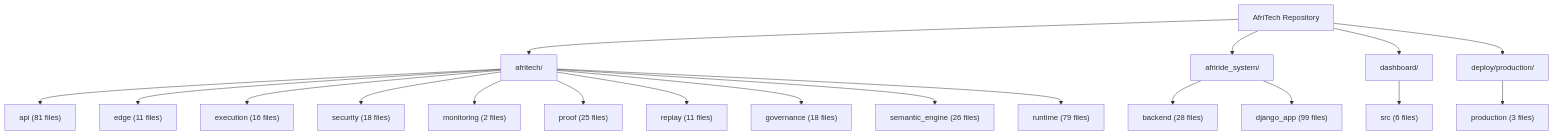
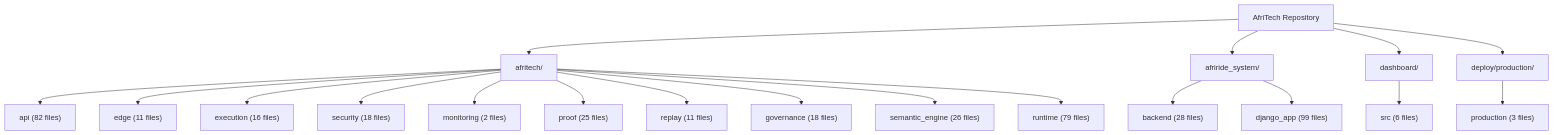
One commit to Strelly2023/afritelematics changed the second of 2 diagrams in docs/architecture/AFRITECH_FULL_ARCHITECTURE_GRAPH.md. Above: the diagram before and after it, drawn with Mermaid. The commit also changed other lines of this file and 15 other files, not shown here.

````diff
--- a/docs/architecture/AFRITECH_FULL_ARCHITECTURE_GRAPH.md
+++ b/docs/architecture/AFRITECH_FULL_ARCHITECTURE_GRAPH.md
@@ -64,23 +64,23 @@
 ```mermaid
 flowchart TD
     Root["AfriTech Repository"] --> Core["afritech/"]
     Root --> Ride["afriride_system/"]
     Root --> Ui["dashboard/"]
     Root --> Deploy["deploy/production/"]
 
-    Core --> Api["api (81 files)"]
+    Core --> Api["api (82 files)"]
     Core --> Edge["edge (11 files)"]
     Core --> Execution["execution (16 files)"]
     Core --> Security["security (18 files)"]
     Core --> Monitoring["monitoring (2 files)"]
     Core --> Proof["proof (25 files)"]
     Core --> Replay["replay (11 files)"]
     Core --> Governance["governance (18 files)"]
     Core --> Semantic["semantic_engine (26 files)"]
     Core --> Runtime["runtime (79 files)"]
 
     Ride --> Backend["backend (28 files)"]
     Ride --> Django["django_app (99 files)"]
     Ui --> Dashboard["src (6 files)"]
     Deploy --> Production["production (3 files)"]
 ```
````
